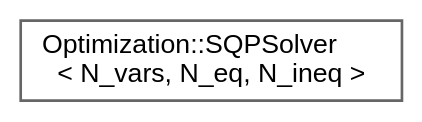
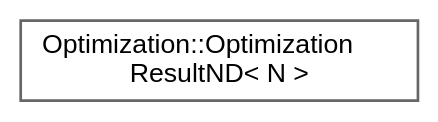
Before and after one commit to jswoo0615/Algorithms_for_Optimization_cpp: the diagram in inherit_graph_44.dot, drawn with Graphviz. The commit also changed 121 other files, not shown here.

```diff
--- a/inherit_graph_44.dot
+++ b/inherit_graph_44.dot
@@ -1,9 +1,9 @@
 digraph "Graphical Class Hierarchy"
 {
  // LATEX_PDF_SIZE
   bgcolor="transparent";
   edge [fontname=Helvetica,fontsize=10,labelfontname=Helvetica,labelfontsize=10];
   node [fontname=Helvetica,fontsize=10,shape=box,height=0.2,width=0.4];
   rankdir="LR";
-  Node0 [id="Node000000",label="Optimization::SQPSolver\l\< N_vars, N_eq, N_ineq \>",height=0.2,width=0.4,color="grey40", fillcolor="white", style="filled",URL="$classOptimization_1_1SQPSolver.html",tooltip="Sequential Quadratic Programming (SQP) Solver."];
+  Node0 [id="Node000000",label="Optimization::Optimization\lResultND\< N \>",height=0.2,width=0.4,color="grey40", fillcolor="white", style="filled",URL="$structOptimization_1_1OptimizationResultND.html",tooltip=" "];
 }
```
